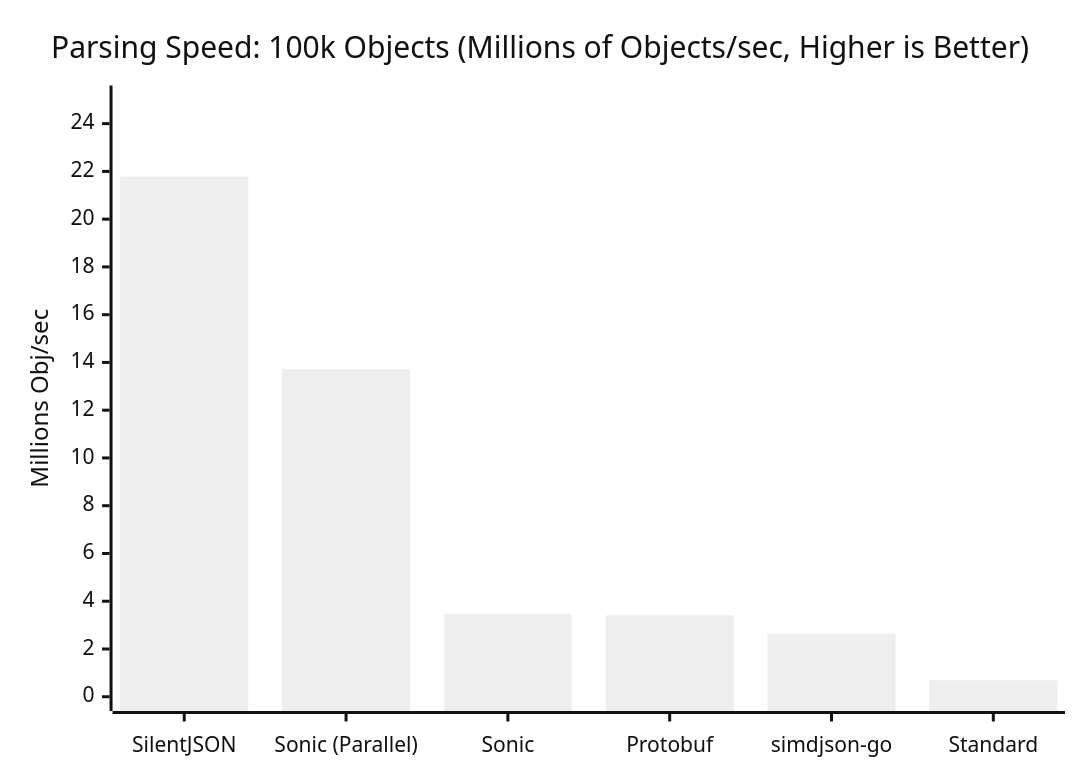
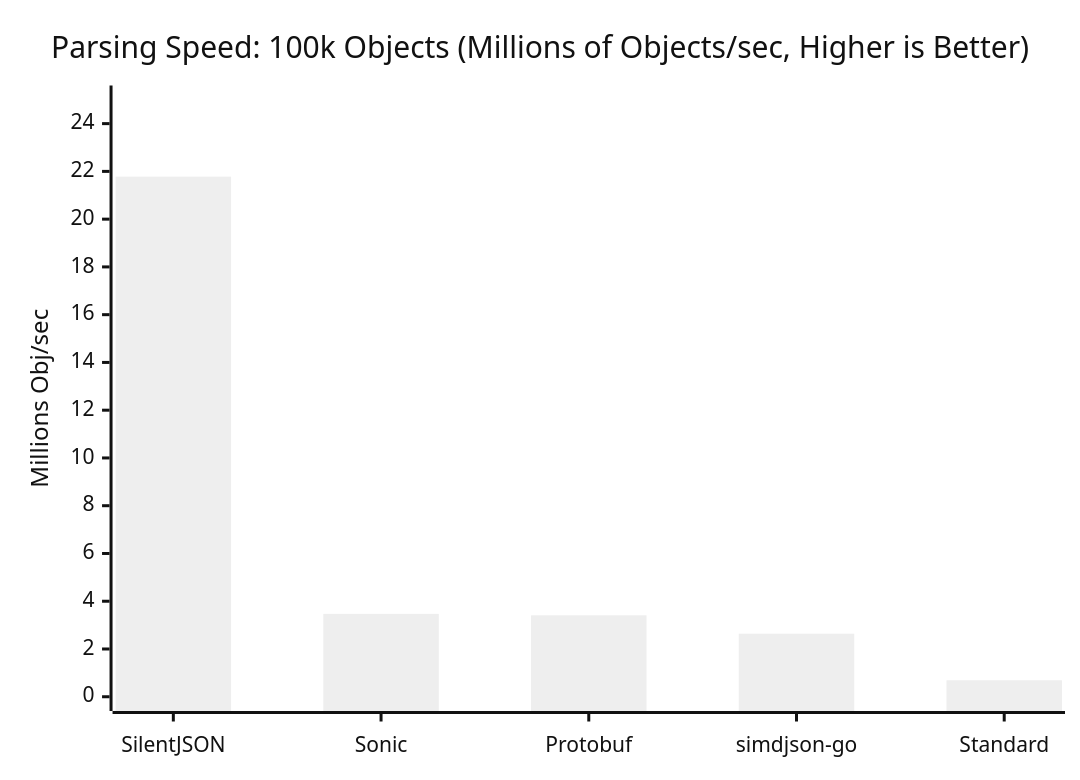
One commit to GenshIv/silentjson changed the first of 7 diagrams in README.md. Above: the diagram before and after it, drawn with Mermaid (neutral theme). The commit also changed other lines of this file and 14 other files, not shown here.

````diff
--- a/README.md
+++ b/README.md
@@ -62,7 +61,7 @@
 ```mermaid
 xychart-beta
     title "Parsing Speed: 100k Objects (Millions of Objects/sec, Higher is Better)"
-    x-axis ["SilentJSON", "Sonic (Parallel)", "Sonic", "Protobuf", "simdjson-go", "Standard"]
+    x-axis ["SilentJSON", "Sonic", "Protobuf", "simdjson-go", "Standard"]
     y-axis "Millions Obj/sec" 0 --> 25
-    bar [21.78, 13.72, 3.47, 3.41, 2.64, 0.69]
+    bar [21.78, 3.47, 3.41, 2.64, 0.69]
 ```
````
